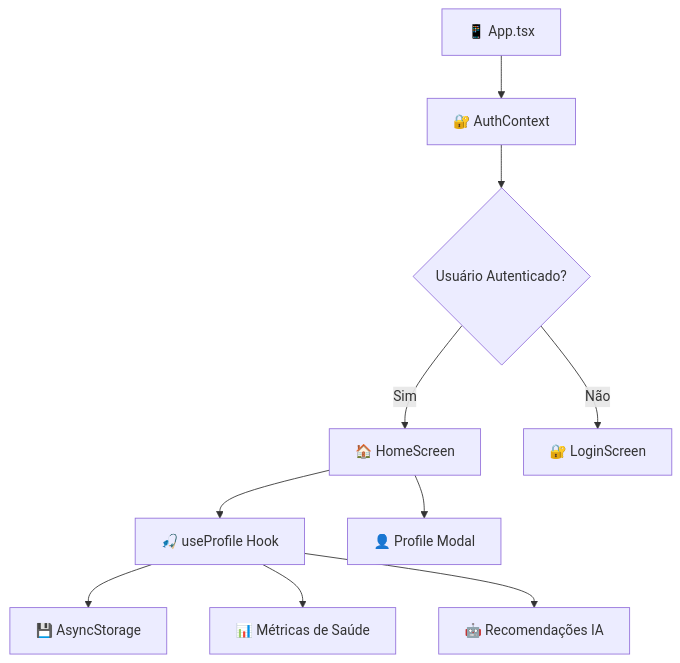
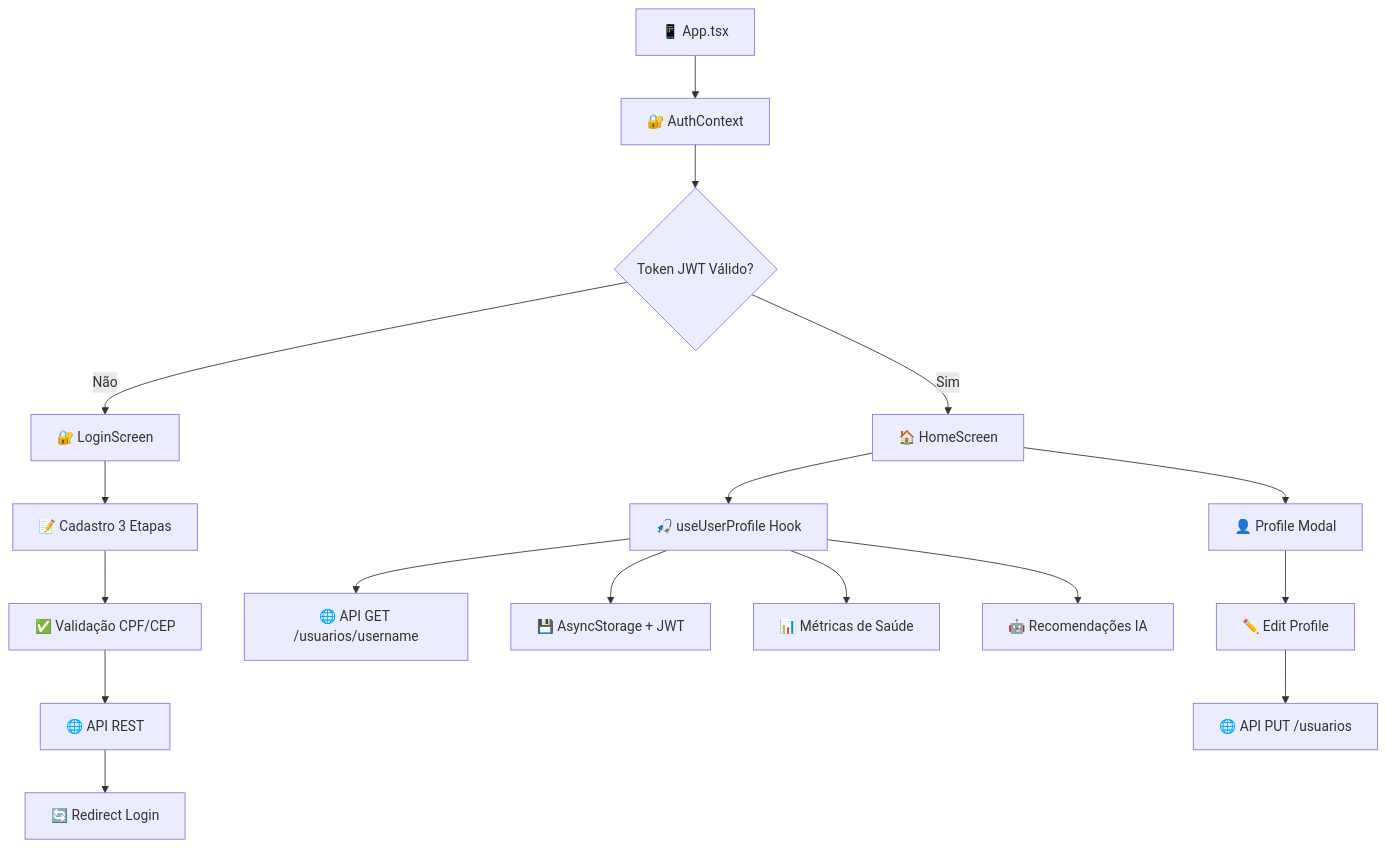
One commit to Kauesamartino/NeocareApp changed the diagram in README.md. Above: the diagram before and after it, drawn with Mermaid. The commit also changed other lines of this file, not shown here.

Commit message:
feat: Update README with enhanced user profile features, validation details, and API integration

````diff
--- a/README.md
+++ b/README.md
@@ -126,12 +157,19 @@
 ```mermaid
 graph TB
     A[📱 App.tsx] --> B[🔐 AuthContext]
-    B --> C{Usuário Autenticado?}
+    B --> C{Token JWT Válido?}
     C -->|Sim| D[🏠 HomeScreen]
     C -->|Não| E[🔐 LoginScreen]
-    D --> F[🎣 useProfile Hook]
-    F --> G[💾 AsyncStorage]
-    F --> H[📊 Métricas de Saúde]
-    F --> I[🤖 Recomendações IA]
-    D --> J[👤 Profile Modal]
+    E --> F[📝 Cadastro 3 Etapas]
+    F --> G[✅ Validação CPF/CEP]
+    G --> H[🌐 API REST]
+    H --> I[🔄 Redirect Login]
+    D --> J[🎣 useUserProfile Hook]
+    J --> K[🌐 API GET /usuarios/username]
+    J --> L[💾 AsyncStorage + JWT]
+    J --> M[📊 Métricas de Saúde]
+    J --> N[🤖 Recomendações IA]
+    D --> O[👤 Profile Modal]
+    O --> P[✏️ Edit Profile]
+    P --> Q[🌐 API PUT /usuarios]
 ```
````
